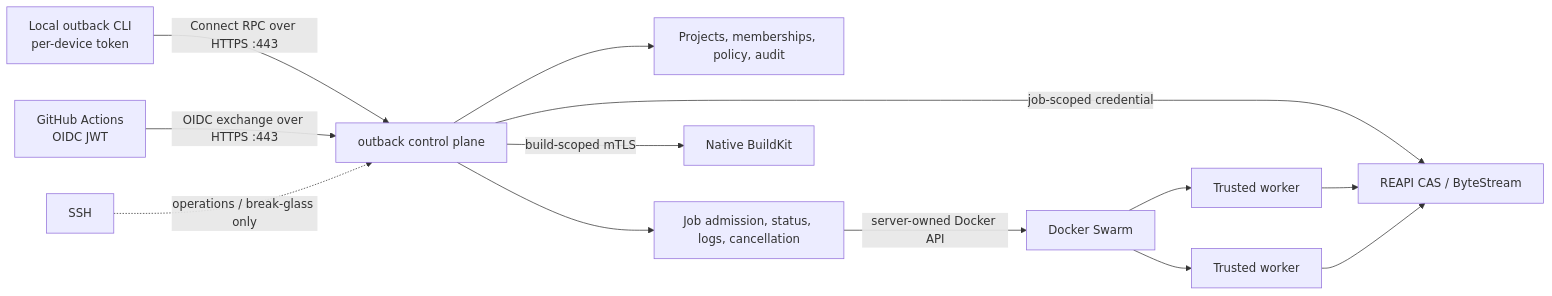
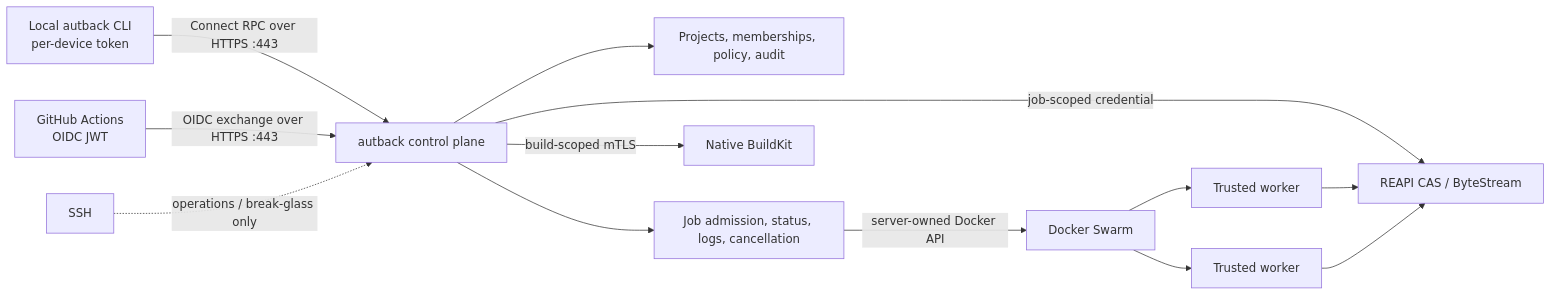
Before and after one commit to flidai/autback: the diagram in docs/architecture.md, drawn with Mermaid. The commit also changed other lines of this file and 100 other files, not shown here.

````diff
--- a/docs/architecture.md
+++ b/docs/architecture.md
@@ -38,15 +38,15 @@
 ```mermaid
 flowchart LR
-    L["Local outback CLI\nper-device token"] -->|"Connect RPC over HTTPS :443"| C["outback control plane"]
+    L["Local autback CLI\nper-device token"] -->|"Connect RPC over HTTPS :443"| C["autback control plane"]
     G["GitHub Actions\nOIDC JWT"] -->|"OIDC exchange over HTTPS :443"| C
     C --> A["Projects, memberships, policy, audit"]
     C --> J["Job admission, status, logs, cancellation"]
     C -->|"job-scoped credential"| CAS["REAPI CAS / ByteStream"]
     C -->|"build-scoped mTLS"| BK["Native BuildKit"]
     J -->|"server-owned Docker API"| S["Docker Swarm"]
     S --> W1["Trusted worker"]
     S --> W2["Trusted worker"]
     W1 --> CAS
     W2 --> CAS
     SSH["SSH"] -. "operations / break-glass only" .-> C
 ```
````
